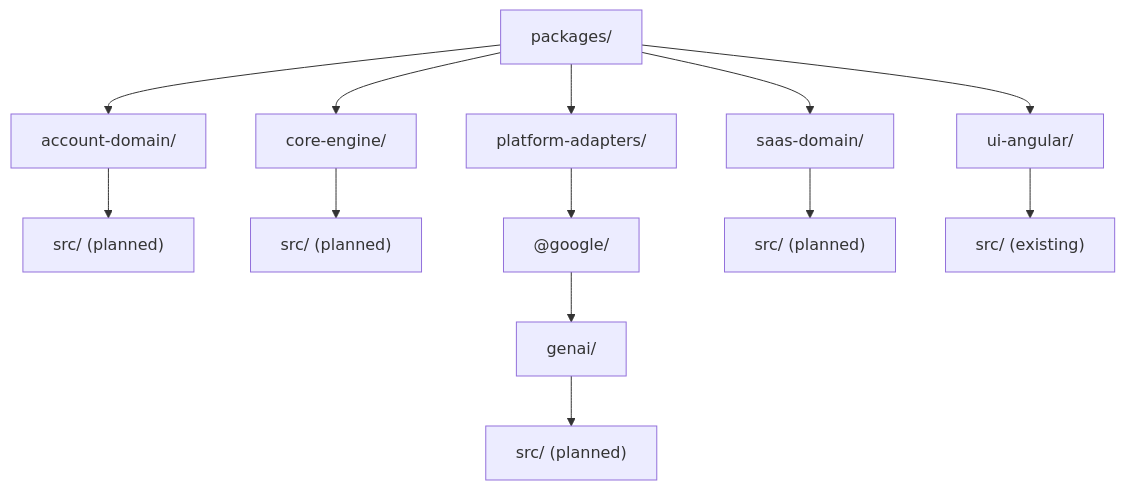
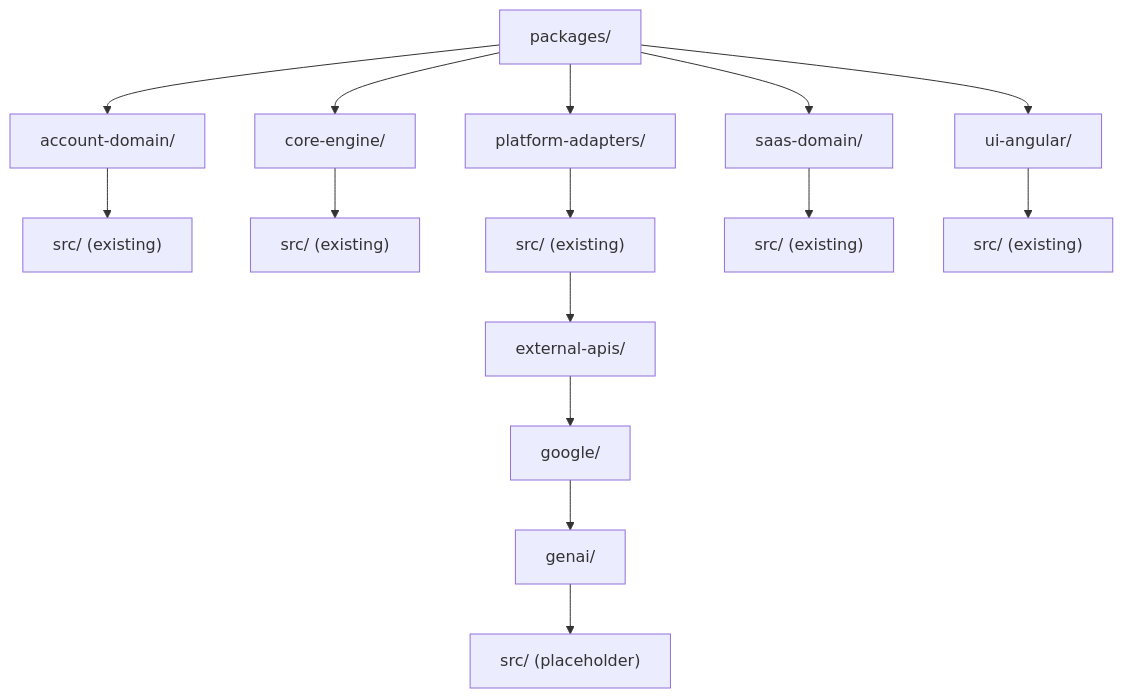
One commit to 7Spade/ng-dragon changed the fifth of 5 diagrams in docs/Mermaid.md. Above: the diagram before and after it, drawn with Mermaid. The commit also changed other lines of this file and 15 other files, not shown here.

````diff
--- a/docs/Mermaid.md
+++ b/docs/Mermaid.md
@@ -132,16 +132,18 @@
 ```mermaid
 flowchart TD
     packages["packages/"]
     packages --> acc["account-domain/"]
     packages --> core["core-engine/"]
     packages --> adapters["platform-adapters/"]
     packages --> saas["saas-domain/"]
     packages --> ui["ui-angular/"]
-    acc --> accSrc["src/ (planned)"]
-    core --> coreSrc["src/ (planned)"]
-    adapters --> googleScope["@google/"]
-    googleScope --> googleGenAI["genai/"]
-    googleGenAI --> genaiSrc["src/ (planned)"]
-    saas --> saasSrc["src/ (planned)"]
+    acc --> accSrc["src/ (existing)"]
+    core --> coreSrc["src/ (existing)"]
+    adapters --> adaptersSrc["src/ (existing)"]
+    adaptersSrc --> adaptersExternal["external-apis/"]
+    adaptersExternal --> adaptersGoogle["google/"]
+    adaptersGoogle --> adaptersGenai["genai/"]
+    adaptersGenai --> genaiSrc["src/ (placeholder)"]
+    saas --> saasSrc["src/ (existing)"]
     ui --> uiSrc["src/ (existing)"]
 ```
````
